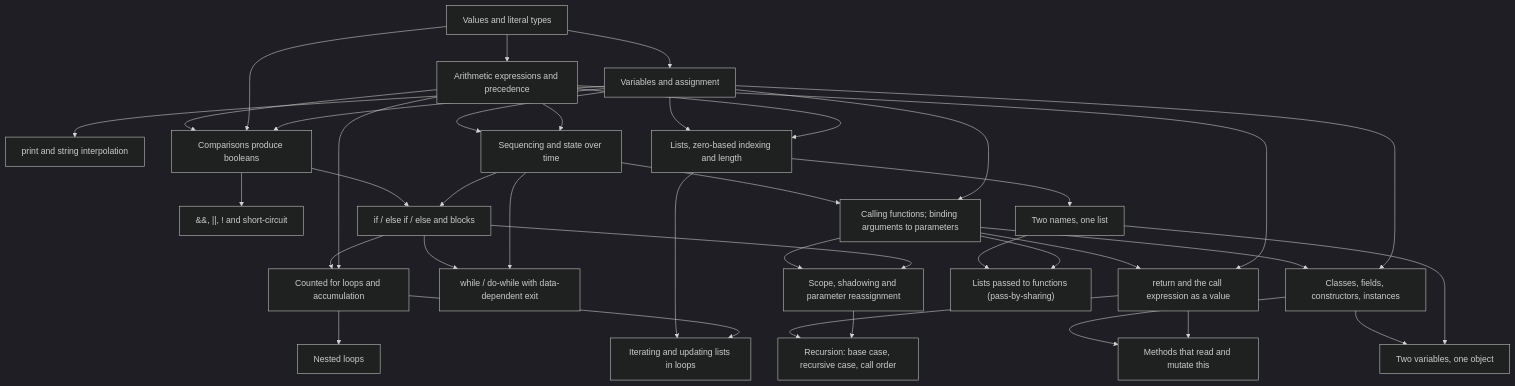
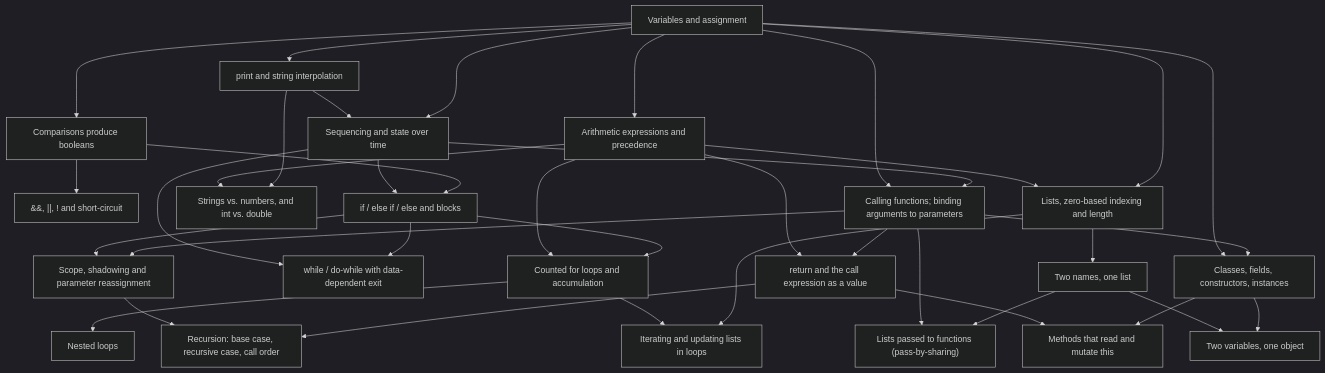
The diagram in dag.md (kevmoo/dart_cs1_inventory), drawn with Mermaid (dark theme) before and after one commit. The commit also changed other lines of this file and 20 other files, not shown here.

````diff
--- a/dag.md
+++ b/dag.md
@@ -14,62 +14,61 @@
 ```mermaid
 flowchart TD
-  values_and_types["Values and literal types"]
-  arithmetic_expressions["Arithmetic expressions and precedence"]
   variables_assignment["Variables and assignment"]
   output_and_strings["print and string interpolation"]
   sequencing["Sequencing and state over time"]
   boolean_expressions["Comparisons produce booleans"]
   logical_operators["&&, ||, ! and short-circuit"]
   selection["if / else if / else and blocks"]
+  arithmetic_expressions["Arithmetic expressions and precedence"]
+  values_and_types["Strings vs. numbers, and int vs. double"]
   definite_loops["Counted for loops and accumulation"]
   indefinite_loops["while / do-while with data-dependent exit"]
   nested_loops["Nested loops"]
   lists_indexing["Lists, zero-based indexing and length"]
   lists_iteration["Iterating and updating lists in loops"]
   aliasing_references["Two names, one list"]
   function_calls_and_params["Calling functions; binding arguments to parameters"]
   scope_and_shadowing["Scope, shadowing and parameter reassignment"]
   return_values["return and the call expression as a value"]
   list_parameters["Lists passed to functions (pass-by-sharing)"]
   recursion["Recursion: base case, recursive case, call order"]
   classes_and_objects["Classes, fields, constructors, instances"]
   methods_and_this["Methods that read and mutate this"]
   object_aliasing["Two variables, one object"]
-  values_and_types --> arithmetic_expressions
-  values_and_types --> variables_assignment
   variables_assignment --> output_and_strings
   variables_assignment --> sequencing
-  arithmetic_expressions --> sequencing
-  arithmetic_expressions --> boolean_expressions
-  values_and_types --> boolean_expressions
+  output_and_strings --> sequencing
   variables_assignment --> boolean_expressions
   boolean_expressions --> logical_operators
   boolean_expressions --> selection
   sequencing --> selection
+  variables_assignment --> arithmetic_expressions
+  output_and_strings --> values_and_types
+  arithmetic_expressions --> values_and_types
   selection --> definite_loops
   arithmetic_expressions --> definite_loops
   selection --> indefinite_loops
   sequencing --> indefinite_loops
   definite_loops --> nested_loops
   variables_assignment --> lists_indexing
   arithmetic_expressions --> lists_indexing
   lists_indexing --> lists_iteration
   definite_loops --> lists_iteration
   lists_indexing --> aliasing_references
   sequencing --> function_calls_and_params
   variables_assignment --> function_calls_and_params
   function_calls_and_params --> scope_and_shadowing
   selection --> scope_and_shadowing
   function_calls_and_params --> return_values
   arithmetic_expressions --> return_values
   aliasing_references --> list_parameters
   function_calls_and_params --> list_parameters
   return_values --> recursion
   scope_and_shadowing --> recursion
   function_calls_and_params --> classes_and_objects
   variables_assignment --> classes_and_objects
   classes_and_objects --> methods_and_this
   return_values --> methods_and_this
   classes_and_objects --> object_aliasing
   aliasing_references --> object_aliasing
 ```
````
